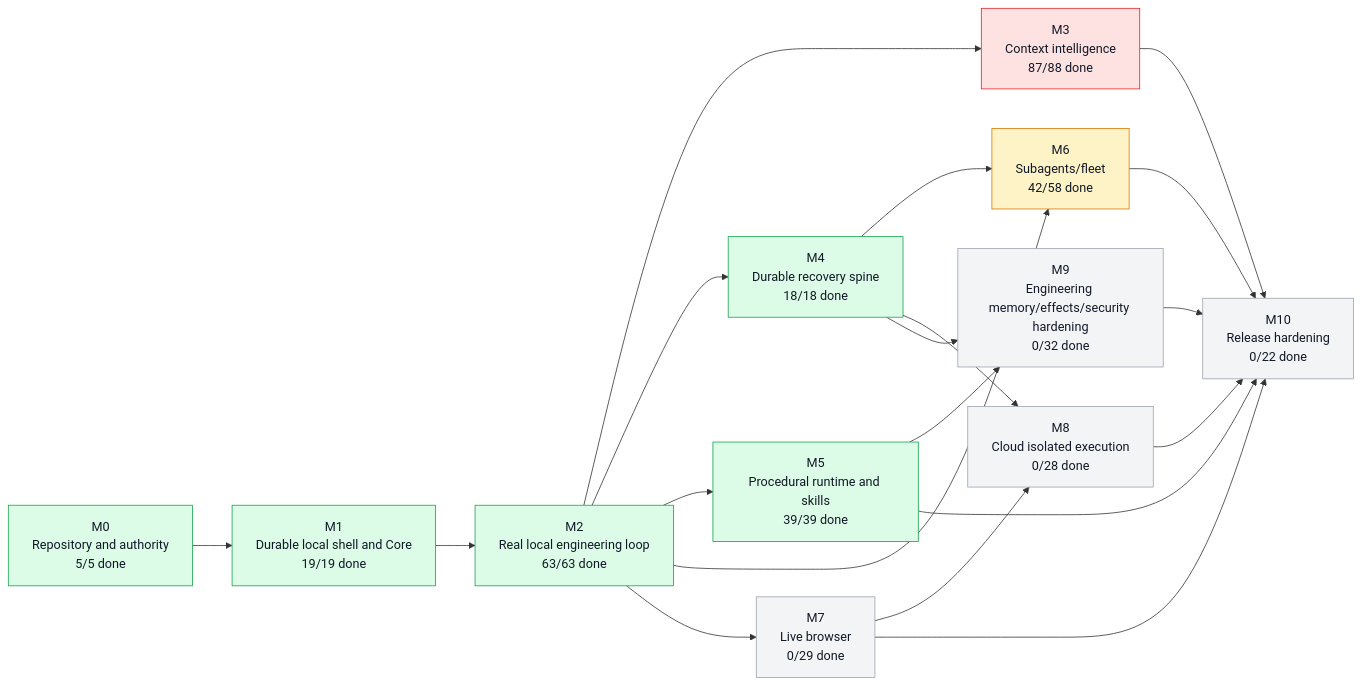
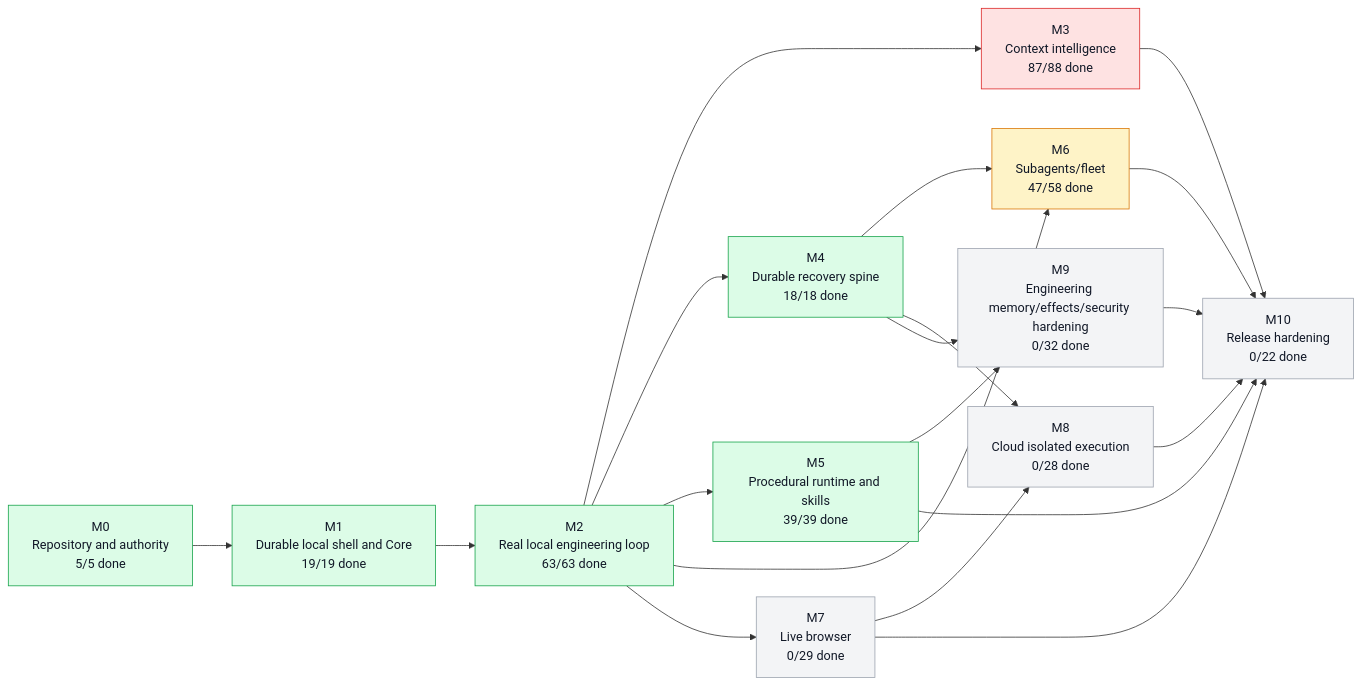
One commit to moss101/modbit changed the first of 5 diagrams in graph/PROJECT_GRAPH.md. Above: the diagram before and after it, drawn with Mermaid. The commit also changed other lines of this file and 14 other files, not shown here.

````diff
--- a/graph/PROJECT_GRAPH.md
+++ b/graph/PROJECT_GRAPH.md
@@ -57,43 +57,43 @@
 ```mermaid
 flowchart LR
   M0["M0<br/>Repository and authority<br/>5/5 done"]
   M1["M1<br/>Durable local shell and Core<br/>19/19 done"]
   M2["M2<br/>Real local engineering loop<br/>63/63 done"]
   M3["M3<br/>Context intelligence<br/>87/88 done"]
   M4["M4<br/>Durable recovery spine<br/>18/18 done"]
   M5["M5<br/>Procedural runtime and skills<br/>39/39 done"]
-  M6["M6<br/>Subagents/fleet<br/>42/58 done"]
+  M6["M6<br/>Subagents/fleet<br/>47/58 done"]
   M7["M7<br/>Live browser<br/>0/29 done"]
   M8["M8<br/>Cloud isolated execution<br/>0/28 done"]
   M9["M9<br/>Engineering memory/effects/security hardening<br/>0/32 done"]
   M10["M10<br/>Release hardening<br/>0/22 done"]
   M0 --> M1
   M1 --> M2
   M2 --> M3
   M2 --> M4
   M2 --> M5
   M2 --> M6
   M4 --> M6
   M2 --> M7
   M4 --> M8
   M7 --> M8
   M4 --> M9
   M5 --> M9
   M3 --> M10
   M5 --> M10
   M6 --> M10
   M7 --> M10
   M8 --> M10
   M9 --> M10
   style M0 fill:#dcfce7,stroke:#16a34a,color:#111827
   style M1 fill:#dcfce7,stroke:#16a34a,color:#111827
   style M2 fill:#dcfce7,stroke:#16a34a,color:#111827
   style M3 fill:#fee2e2,stroke:#dc2626,color:#111827
   style M4 fill:#dcfce7,stroke:#16a34a,color:#111827
   style M5 fill:#dcfce7,stroke:#16a34a,color:#111827
   style M6 fill:#fef3c7,stroke:#d97706,color:#111827
   style M7 fill:#f3f4f6,stroke:#9ca3af,color:#111827
   style M8 fill:#f3f4f6,stroke:#9ca3af,color:#111827
   style M9 fill:#f3f4f6,stroke:#9ca3af,color:#111827
   style M10 fill:#f3f4f6,stroke:#9ca3af,color:#111827
 ```
````
